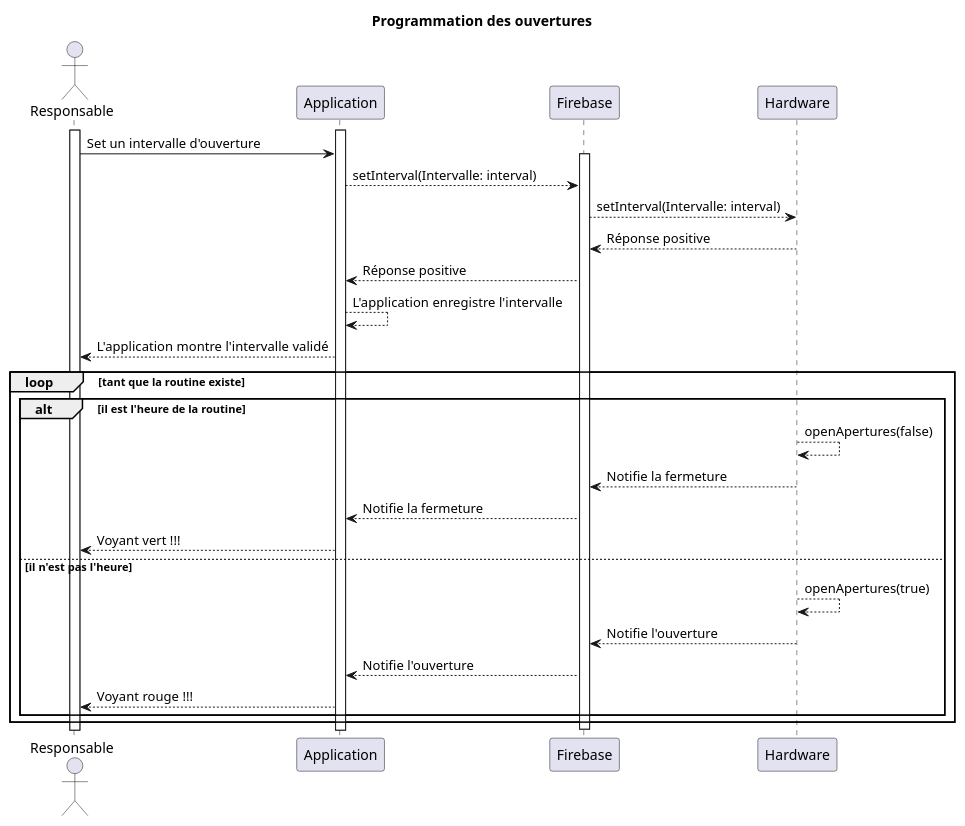
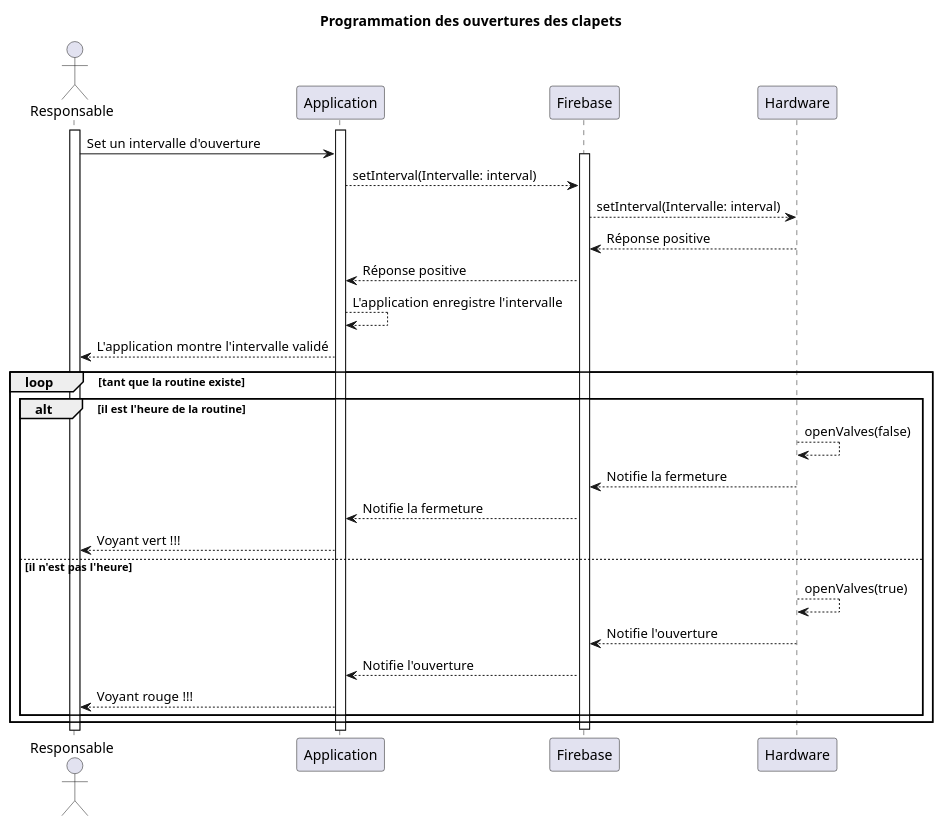
One commit to chauffapagnan/documentation changed the diagram in diagrams/seq/program_openings.puml. Above: the diagram before and after it, drawn with PlantUML. The commit also changed 8 other files, not shown here.

Commit message:
📝 maj diagrammes

```diff
--- a/diagrams/seq/program_openings.puml
+++ b/diagrams/seq/program_openings.puml
@@ -1,40 +1,40 @@
 @startuml
 
-title Programmation des ouvertures
+title Programmation des ouvertures des clapets
 
 actor Responsable
 
 activate Responsable
 activate Application
 participant Firebase
 participant Hardware
 
 Responsable -> Application: Set un intervalle d'ouverture
 
 
 activate Firebase
 Application --> Firebase: setInterval(Intervalle: interval)
 Firebase --> Hardware: setInterval(Intervalle: interval)
 Hardware --> Firebase: Réponse positive
 Firebase --> Application: Réponse positive
 
 Application --> Application: L'application enregistre l'intervalle
 Application --> Responsable: L'application montre l'intervalle validé
 
 loop tant que la routine existe
     alt il est l'heure de la routine
-        Hardware --> Hardware: openApertures(false)
+        Hardware --> Hardware: openValves(false)
         Hardware --> Firebase: Notifie la fermeture
         Firebase --> Application: Notifie la fermeture
         Application --> Responsable: Voyant vert !!!
     else il n'est pas l'heure
-        Hardware --> Hardware: openApertures(true)
+        Hardware --> Hardware: openValves(true)
         Hardware --> Firebase: Notifie l'ouverture
         Firebase --> Application: Notifie l'ouverture
         Application --> Responsable: Voyant rouge !!!
     end
 end
 
 deactivate Firebase
 
 @enduml
```
